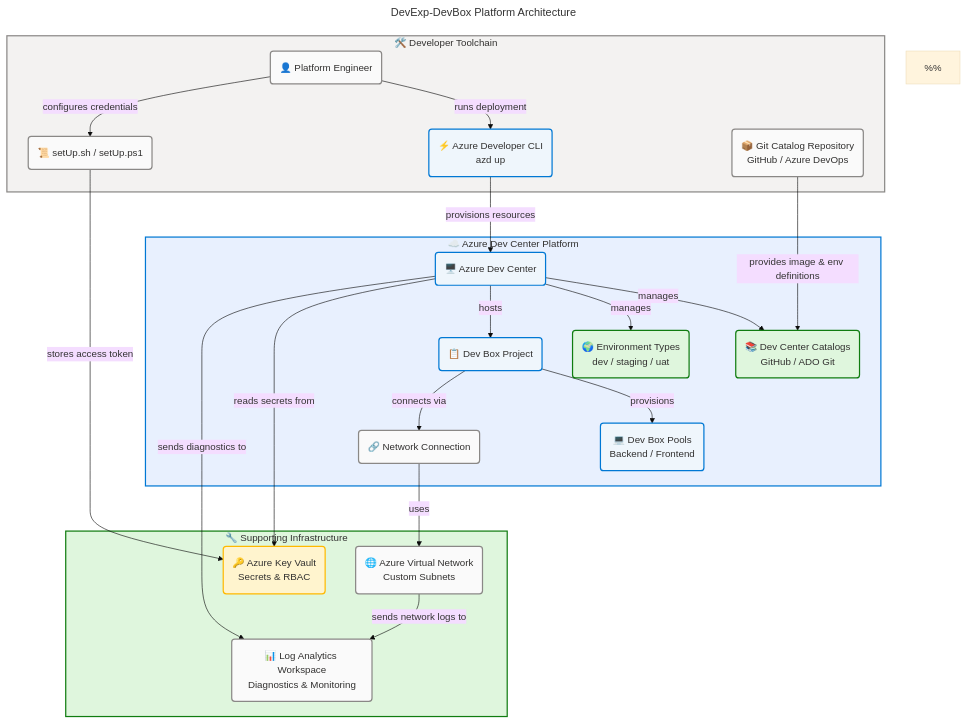
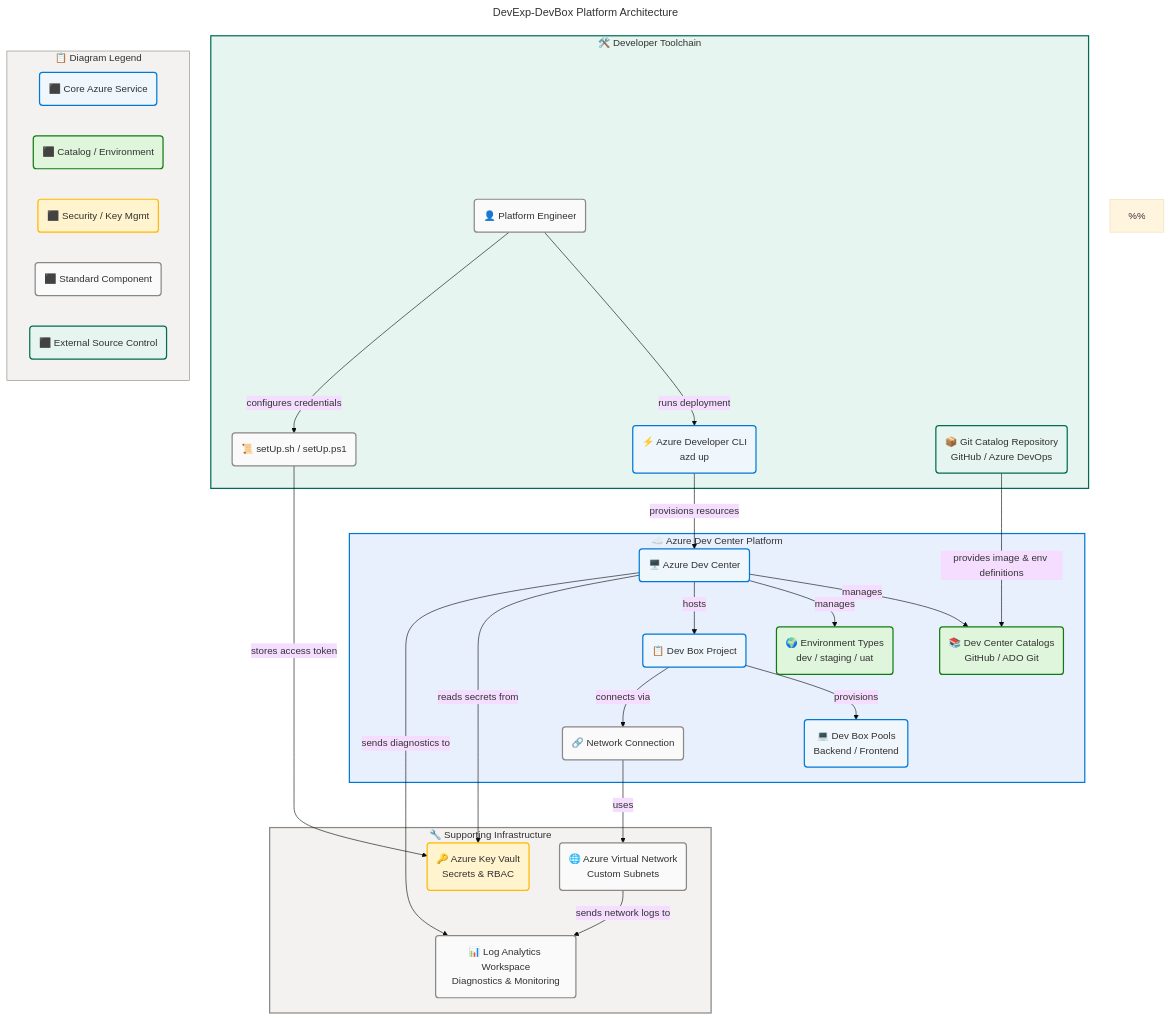
One commit to Evilazaro/DevExp-DevBox changed the diagram in README.md. Above: the diagram before and after it, drawn with Mermaid. The commit also changed 1 other file, not shown here.

Commit message:
Refactor code structure for improved readability and maintainability

````diff
--- a/README.md
+++ b/README.md
@@ -94,7 +94,7 @@
 ---
 flowchart TB
     accTitle: DevExp-DevBox Azure Dev Box Platform Architecture
-    accDescr: Technology platform architecture showing developer toolchain provisioning Azure Dev Center with projects, role-specific pools, catalogs, environment types, Key Vault for secrets, Log Analytics for monitoring, and Virtual Network for connectivity. Developer=neutral, AzdCLI=core, SetupScript=neutral, GitRepo=neutral, DC=core, Catalogs=success, EnvTypes=success, Project=core, Pools=core, NetConn=neutral, KeyVault=warning, LogAnalytics=neutral, VNet=neutral. WCAG AA compliant.
+    accDescr: Technology provisioning flow — developer toolchain provisions Azure Dev Center with projects, role-specific pools, catalogs, environment types, Key Vault for secrets, Log Analytics for monitoring, and Virtual Network for connectivity. Developer=neutral, AzdCLI=core, SetupScript=neutral, GitRepo=external, DC=core, Catalogs=success, EnvTypes=success, Project=core, Pools=core, NetConn=neutral, KeyVault=warning, LogAnalytics=neutral, VNet=neutral. WCAG AA compliant.
 
     %%
     %% AZURE / FLUENT ARCHITECTURE PATTERN v2.0
@@ -107,11 +107,23 @@
     %% PHASE 5 - STANDARD: Governance block present, classDefs centralized
     %%
 
+    %% ─── TOGAF BDAT METADATA ────────────────────────────────────────────────
+    %% BDAT Domain:   Technology Architecture (provisioning flow)
+    %% Viewpoint:     Infrastructure Provisioning View
+    %% Stakeholders:  Platform Engineering Teams, DevOps Practitioners
+    %% Purpose:       Documents end-to-end Dev Box platform provisioning
+    %%                sequence from developer toolchain to Azure Dev Center
+    %% Traceability:  infra/settings/workload/devcenter.yaml
+    %%                infra/settings/security/security.yaml
+    %%                infra/main.bicep | azure.yaml
+    %%                Azure CAF Landing Zone principles
+    %% ────────────────────────────────────────────────────────────────────────
+
     subgraph devtools ["🛠️ Developer Toolchain"]
         Developer("👤 Platform Engineer"):::neutral
         AzdCLI("⚡ Azure Developer CLI<br/>azd up"):::core
         SetupScript("📜 setUp.sh / setUp.ps1"):::neutral
-        GitRepo("📦 Git Catalog Repository<br/>GitHub / Azure DevOps"):::neutral
+        GitRepo("📦 Git Catalog Repository<br/>GitHub / Azure DevOps"):::external
     end
 
     subgraph devcenter ["☁️ Azure Dev Center Platform"]
@@ -129,6 +141,14 @@
         VNet("🌐 Azure Virtual Network<br/>Custom Subnets"):::neutral
     end
 
+    subgraph legend ["📋 Diagram Legend"]
+        Lcore("⬛ Core Azure Service"):::core
+        Lsuccess("⬛ Catalog / Environment"):::success
+        Lwarning("⬛ Security / Key Mgmt"):::warning
+        Lneutral("⬛ Standard Component"):::neutral
+        Lexternal("⬛ External Source Control"):::external
+    end
+
     Developer -->|"runs deployment"| AzdCLI
     Developer -->|"configures credentials"| SetupScript
     AzdCLI -->|"provisions resources"| DC
@@ -144,13 +164,15 @@
     NetConn -->|"uses"| VNet
     VNet -->|"sends network logs to"| LogAnalytics
 
-    style devtools fill:#F3F2F1,stroke:#8A8886,stroke-width:2px,color:#323130
+    style devtools fill:#E6F5F0,stroke:#036B52,stroke-width:2px,color:#323130
     style devcenter fill:#E8F0FE,stroke:#0078D4,stroke-width:2px,color:#323130
-    style support fill:#DFF6DD,stroke:#107C10,stroke-width:2px,color:#323130
+    style support fill:#F3F2F1,stroke:#8A8886,stroke-width:2px,color:#323130
+    style legend fill:#F3F2F1,stroke:#8A8886,stroke-width:1px,color:#323130
 
     %% Centralized semantic classDefs (Phase 5 compliant)
     classDef core fill:#EFF6FC,stroke:#0078D4,stroke-width:2px,color:#323130
     classDef success fill:#DFF6DD,stroke:#107C10,stroke-width:2px,color:#323130
     classDef warning fill:#FFF4CE,stroke:#FFB900,stroke-width:2px,color:#323130
     classDef neutral fill:#FAFAFA,stroke:#8A8886,stroke-width:2px,color:#323130
+    classDef external fill:#E6F5F0,stroke:#036B52,stroke-width:2px,color:#323130
 ```
````
